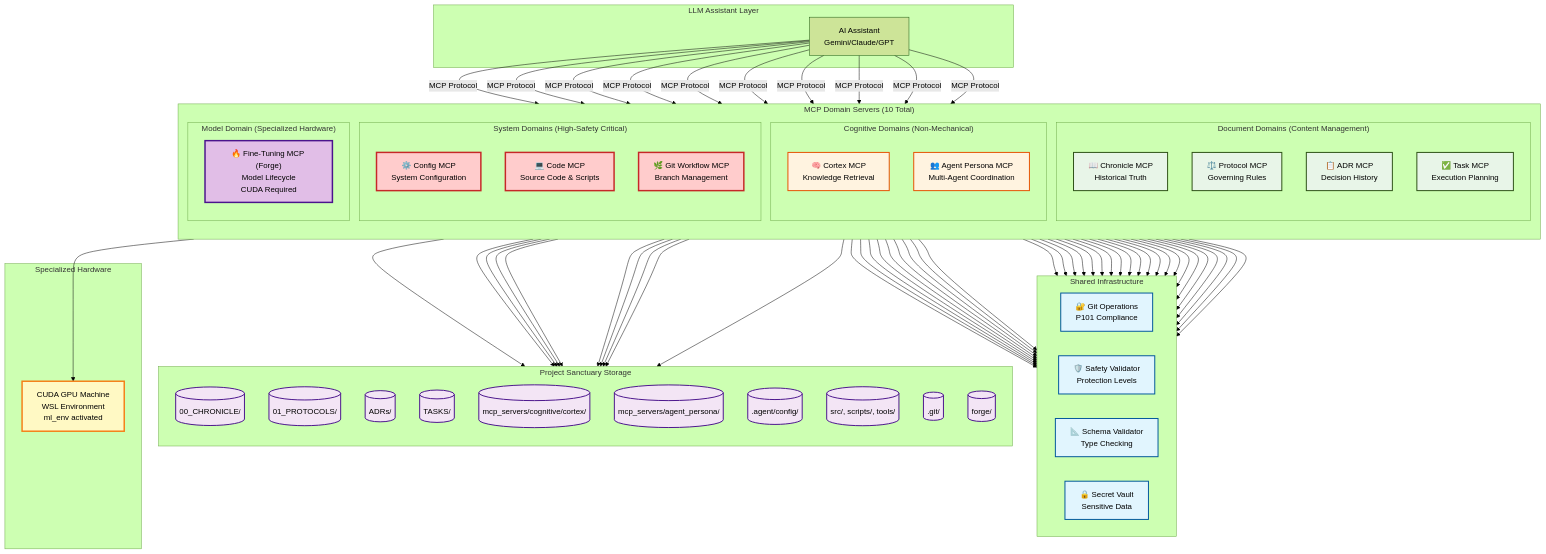
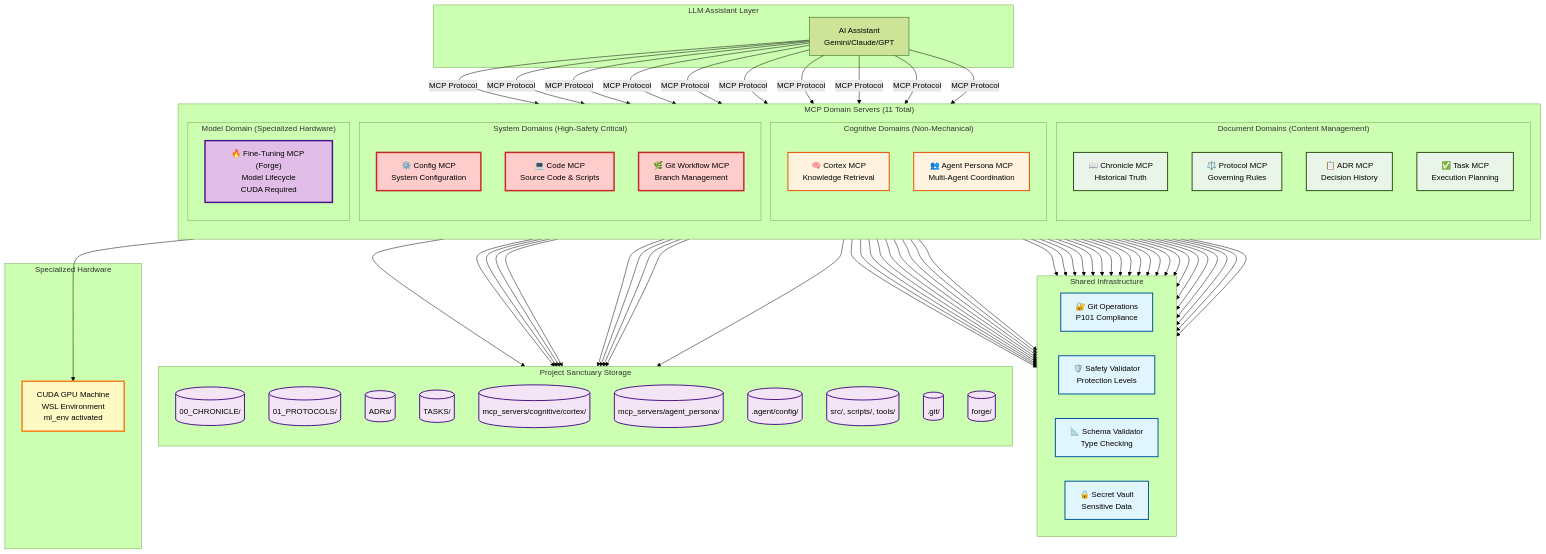
One commit to richfrem/Project_Sanctuary changed the diagram in docs/mcp/diagrams/domain_architecture_v4.mmd. Above: the diagram before and after it, drawn with Mermaid (forest theme). The commit also changed 79 other files, not shown here.

```diff
--- a/docs/mcp/diagrams/domain_architecture_v4.mmd
+++ b/docs/mcp/diagrams/domain_architecture_v4.mmd
@@ -1,147 +1,147 @@
 %% MCP Domain Architecture v4.0 - 11 MCP Servers
 %% Project Sanctuary - Complete Domain-Driven MCP Ecosystem
 %% Created: 2025-11-25
 %% Status: Final architecture with Git Workflow + Forge domains
 
 graph TB
     subgraph "LLM Assistant Layer"
         LLM[AI Assistant<br/>Gemini/Claude/GPT]
     end
     
-    subgraph "MCP Domain Servers (10 Total)"
+    subgraph "MCP Domain Servers (11 Total)"
         direction TB
         
         subgraph "Document Domains (Content Management)"
             Chronicle[📖 Chronicle MCP<br/>Historical Truth]
             Protocol[⚖️ Protocol MCP<br/>Governing Rules]
             ADR[📋 ADR MCP<br/>Decision History]
             Task[✅ Task MCP<br/>Execution Planning]
         end
         
         subgraph "Cognitive Domains (Non-Mechanical)"
             Cortex["🧠 Cortex MCP<br/>Knowledge Retrieval"]
             AgentPersona["👥 Agent Persona MCP<br/>Multi-Agent Coordination"]
         end
         
         subgraph "System Domains (High-Safety Critical)"
             Config[⚙️ Config MCP<br/>System Configuration]
             Code[💻 Code MCP<br/>Source Code & Scripts]
             GitWorkflow[🌿 Git Workflow MCP<br/>Branch Management]
         end
         
         subgraph "Model Domain (Specialized Hardware)"
             Forge["🔥 Fine-Tuning MCP (Forge)<br/>Model Lifecycle<br/>CUDA Required"]
         end
     end
     
     subgraph "Shared Infrastructure"
         direction LR
         Git[🔐 Git Operations<br/>P101 Compliance]
         Safety[🛡️ Safety Validator<br/>Protection Levels]
         Schema[📐 Schema Validator<br/>Type Checking]
         Vault[🔒 Secret Vault<br/>Sensitive Data]
     end
     
     subgraph "Project Sanctuary Storage"
         direction TB
         ChronicleDir[(00_CHRONICLE/)]
         ProtocolDir[(01_PROTOCOLS/)]
         ADRDir[(ADRs/)]
         TaskDir[(TASKS/)]
         CortexDir[(mcp_servers/cognitive/cortex/)]
         AgentPersonaDir[(mcp_servers/agent_persona/)]
         ConfigDir[(.agent/config/)]
         CodeDir[(src/, scripts/, tools/)]
         GitDir[(.git/)]
         ForgeDir[(forge/)]
     end
     
     subgraph "Specialized Hardware"
         CUDA[CUDA GPU Machine<br/>WSL Environment<br/>ml_env activated]
     end
     
     %% LLM to MCP connections
     LLM -->|MCP Protocol| Chronicle
     LLM -->|MCP Protocol| Protocol
     LLM -->|MCP Protocol| ADR
     LLM -->|MCP Protocol| Task
     LLM -->|MCP Protocol| Cortex
     LLM -->|MCP Protocol| AgentPersona
     LLM -->|MCP Protocol| Config
     LLM -->|MCP Protocol| Code
     LLM -->|MCP Protocol| GitWorkflow
     LLM -->|MCP Protocol| Forge
     
     %% Document domains use standard infrastructure
     Chronicle --> Git
     Chronicle --> Safety
     Chronicle --> Schema
     
     Protocol --> Git
     Protocol --> Safety
     Protocol --> Schema
     
     ADR --> Git
     ADR --> Safety
     ADR --> Schema
     
     Task --> Git
     Task --> Safety
     Task --> Schema
     
     %% Cognitive domains use safety/schema only
     Cortex --> Safety
     Cortex --> Schema
     
     AgentPersona --> Safety
     AgentPersona --> Schema
     
     %% System domains use ALL infrastructure + Vault
     Config --> Git
     Config --> Safety
     Config --> Schema
     Config --> Vault
     
     Code --> Git
     Code --> Safety
     Code --> Schema
     
     GitWorkflow --> Git
     GitWorkflow --> Safety
     GitWorkflow --> Schema
     
     %% Forge uses infrastructure + requires CUDA
     Forge --> Git
     Forge --> Safety
     Forge --> Schema
     Forge --> Vault
     Forge --> CUDA
     
     %% Storage connections
     Chronicle --> ChronicleDir
     Protocol --> ProtocolDir
     ADR --> ADRDir
     Task --> TaskDir
     Cortex --> CortexDir
     AgentPersona --> AgentPersonaDir
     Config --> ConfigDir
     Code --> CodeDir
     GitWorkflow --> GitDir
     Forge --> ForgeDir
     
     %% Styling
     classDef documentDomain fill:#e8f5e8,stroke:#2d5016,stroke-width:2px
     classDef cognitiveDomain fill:#fff3e0,stroke:#e65100,stroke-width:2px
     classDef systemDomain fill:#ffcccc,stroke:#c62828,stroke-width:3px
     classDef modelDomain fill:#e1bee7,stroke:#4a148c,stroke-width:3px
     classDef infrastructure fill:#e1f5fe,stroke:#01579b,stroke-width:2px
     classDef storage fill:#f3e5f5,stroke:#4a148c,stroke-width:2px
     classDef hardware fill:#fff9c4,stroke:#f57f17,stroke-width:3px
     
     class Chronicle,Protocol,ADR,Task documentDomain
     class Cortex,AgentPersona cognitiveDomain
     class Config,Code,GitWorkflow systemDomain
     class Forge modelDomain
     class Git,Safety,Schema,Vault infrastructure
     class ChronicleDir,ProtocolDir,ADRDir,TaskDir,CortexDir,AgentPersonaDir,ConfigDir,CodeDir,GitDir,ForgeDir storage
     class CUDA hardware
```
